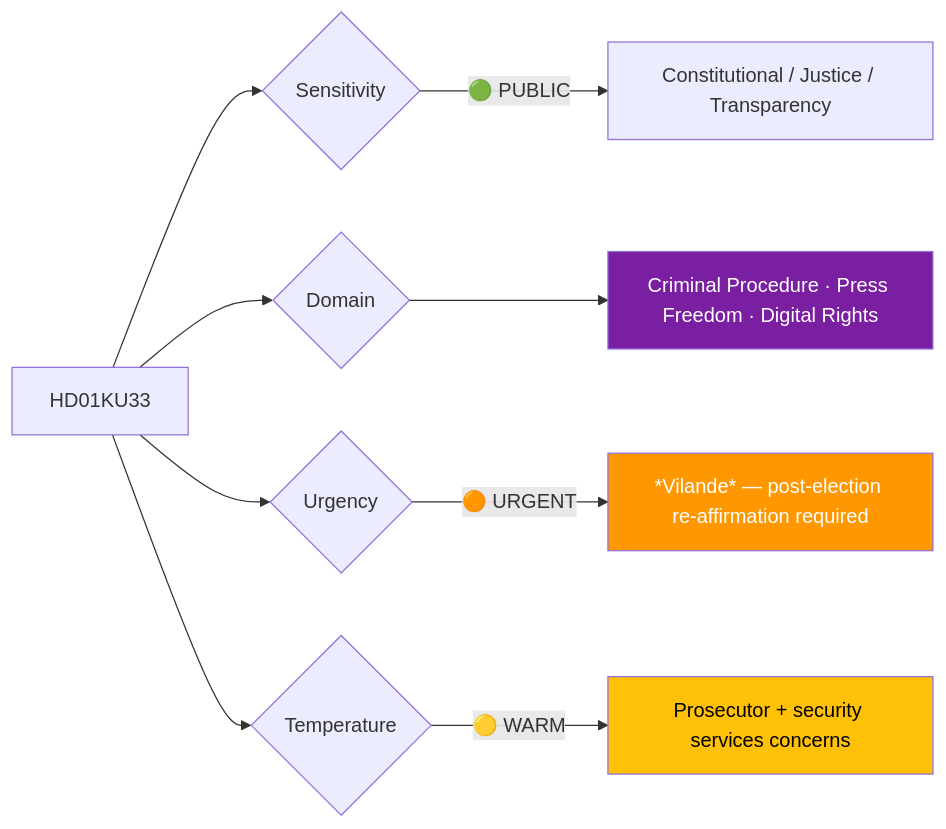
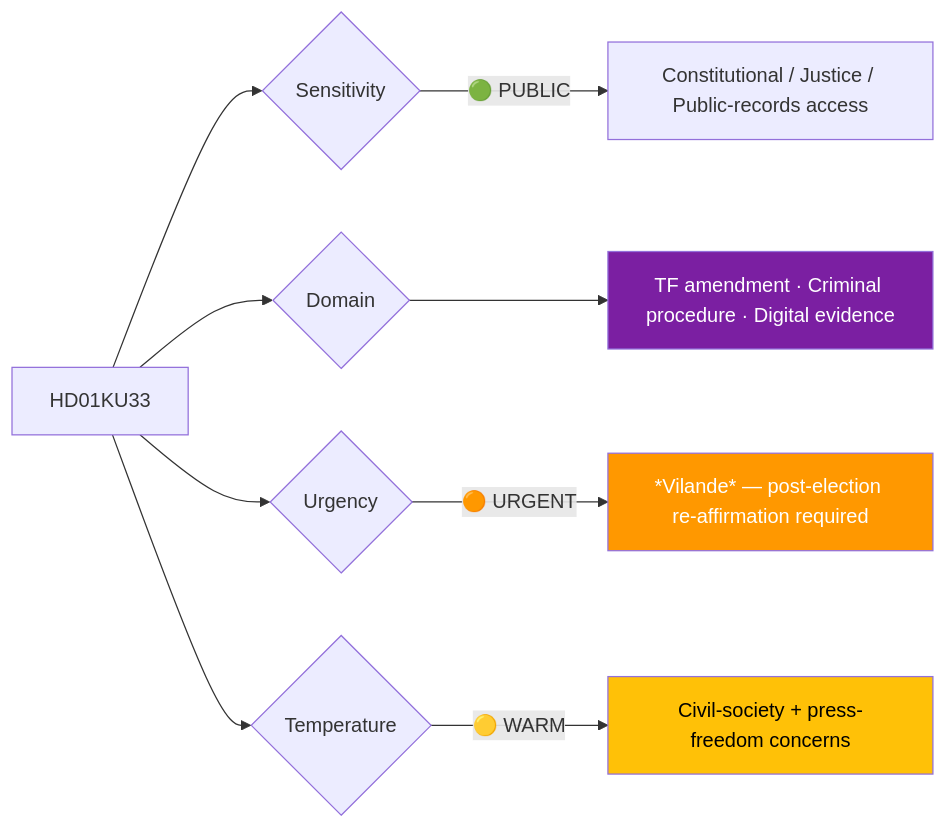
The first of 2 diagrams in analysis/daily/2026-04-21/committeeReports/documents/HD01KU33-analysis.md (Hack23/riksdagsmonitor), drawn with Mermaid before and after one commit. The commit also changed other lines of this file and 5 other files, not shown here.

````diff
--- a/analysis/daily/2026-04-21/committeeReports/documents/HD01KU33-analysis.md
+++ b/analysis/daily/2026-04-21/committeeReports/documents/HD01KU33-analysis.md
@@ -30,14 +34,14 @@
 ```mermaid
 graph LR
     A[HD01KU33] --> B{Sensitivity}
-    B -->|"🟢 PUBLIC"| C[Constitutional / Justice / Transparency]
+    B -->|"🟢 PUBLIC"| C[Constitutional / Justice / Public-records access]
     A --> G{Domain}
-    G --> H["Criminal Procedure · Press Freedom · Digital Rights"]
+    G --> H["TF amendment · Criminal procedure · Digital evidence"]
     A --> I{Urgency}
     I -->|"🟠 URGENT"| K["*Vilande* — post-election re-affirmation required"]
     A --> T{Temperature}
-    T -->|"🟡 WARM"| U["Prosecutor + security services concerns"]
+    T -->|"🟡 WARM"| U["Civil-society + press-freedom concerns"]
     style H fill:#7B1FA2,color:#FFF
     style K fill:#FF9800,color:#FFF
     style U fill:#FFC107,color:#000
 ```
````
